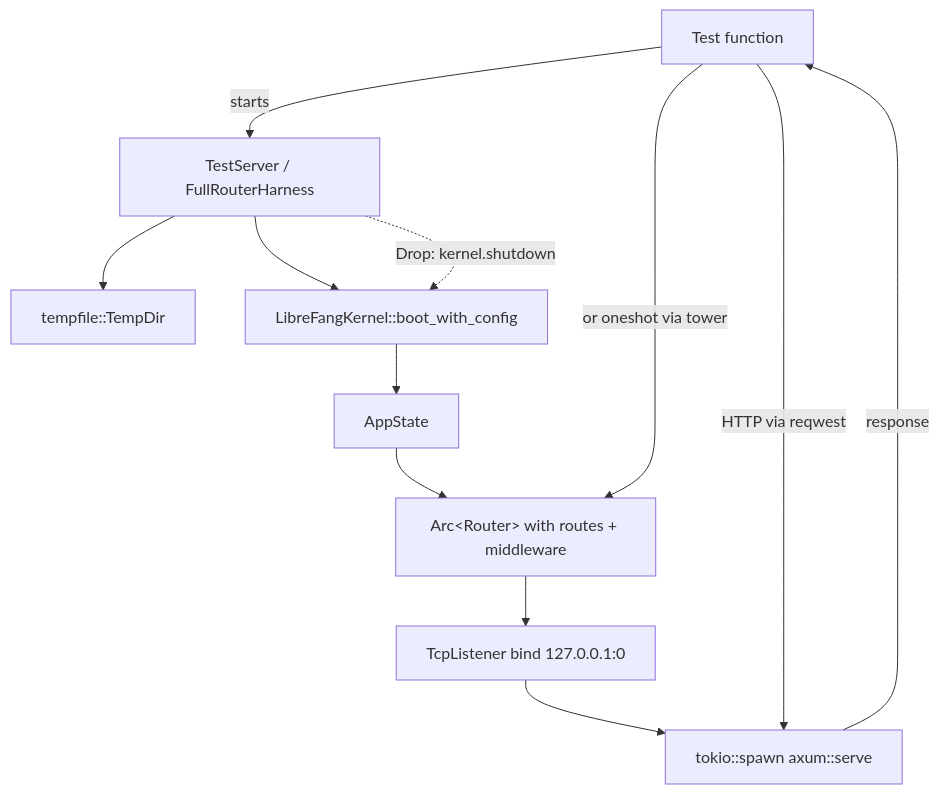
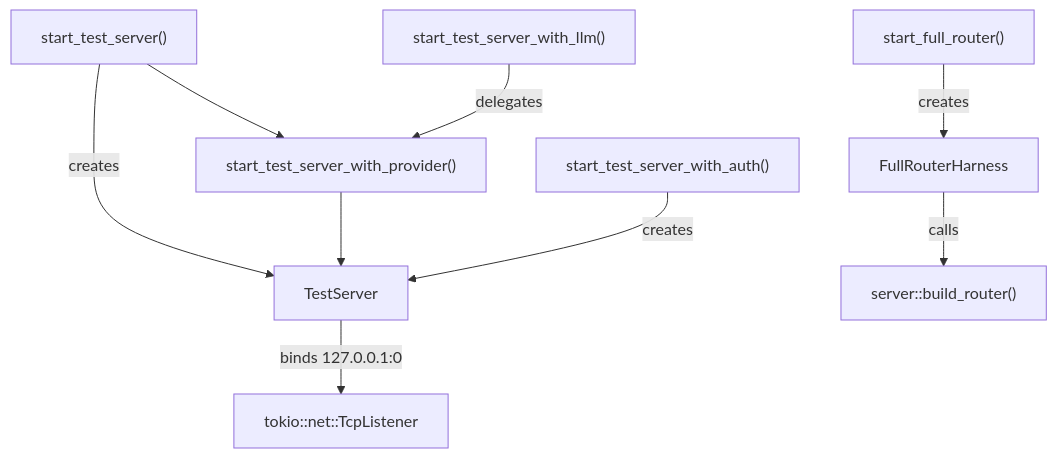
The diagram in other-librefang-api-tests.md (leszek3737/librefang-WIki), drawn with Mermaid before and after one commit. The commit also changed other lines of this file and 98 other files, not shown here.

````diff
--- a/other-librefang-api-tests.md
+++ b/other-librefang-api-tests.md
@@ -52,14 +54,11 @@
 ```mermaid
 graph TD
-    A[Test function] -->|starts| B[TestServer / FullRouterHarness]
-    B --> C[tempfile::TempDir]
-    B --> D[LibreFangKernel::boot_with_config]
-    D --> E[AppState]
-    E --> F[Arc&lt;Router&gt; with routes + middleware]
-    F --> G[TcpListener bind 127.0.0.1:0]
-    G --> H[tokio::spawn axum::serve]
-    A -->|HTTP via reqwest| H
-    A -->|or oneshot via tower| F
-    H -->|response| A
-    B -.->|Drop: kernel.shutdown| D
+    A["start_test_server()"] -->|creates| B["TestServer"]
+    C["start_test_server_with_llm()"] -->|delegates| D["start_test_server_with_provider()"]
+    A --> D
+    D --> B
+    E["start_full_router()"] -->|creates| F["FullRouterHarness"]
+    G["start_test_server_with_auth()"] -->|creates| B
+    B -->|binds 127.0.0.1:0| H["tokio::net::TcpListener"]
+    F -->|calls| I["server::build_router()"]
 ```
````
